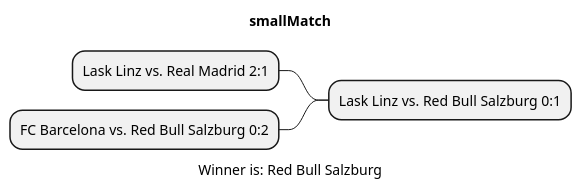
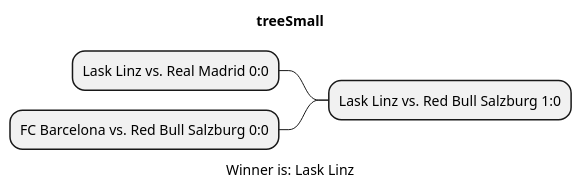
Before and after one commit to htl-leonding-project/2022-4ahif-autohaus: the diagram in asciidocs/plantuml/Result.puml, drawn with PlantUML. The commit also changed 3 other files, not shown here.

```diff
--- a/asciidocs/plantuml/Result.puml
+++ b/asciidocs/plantuml/Result.puml
@@ -1,10 +1,10 @@
-@startmindmap smallMatch.png
-title smallMatch
+@startmindmap treeSmall.png
+title treeSmall
 
-- Lask Linz vs. Red Bull Salzburg 0:1
+- Lask Linz vs. Red Bull Salzburg 1:0
 
--- Lask Linz vs. Real Madrid 2:1
+-- Lask Linz vs. Real Madrid 0:0
 
--- FC Barcelona vs. Red Bull Salzburg 0:2
-caption Winner is: Red Bull Salzburg
+-- FC Barcelona vs. Red Bull Salzburg 0:0
+caption Winner is: Lask Linz
 @endmindmap
```
